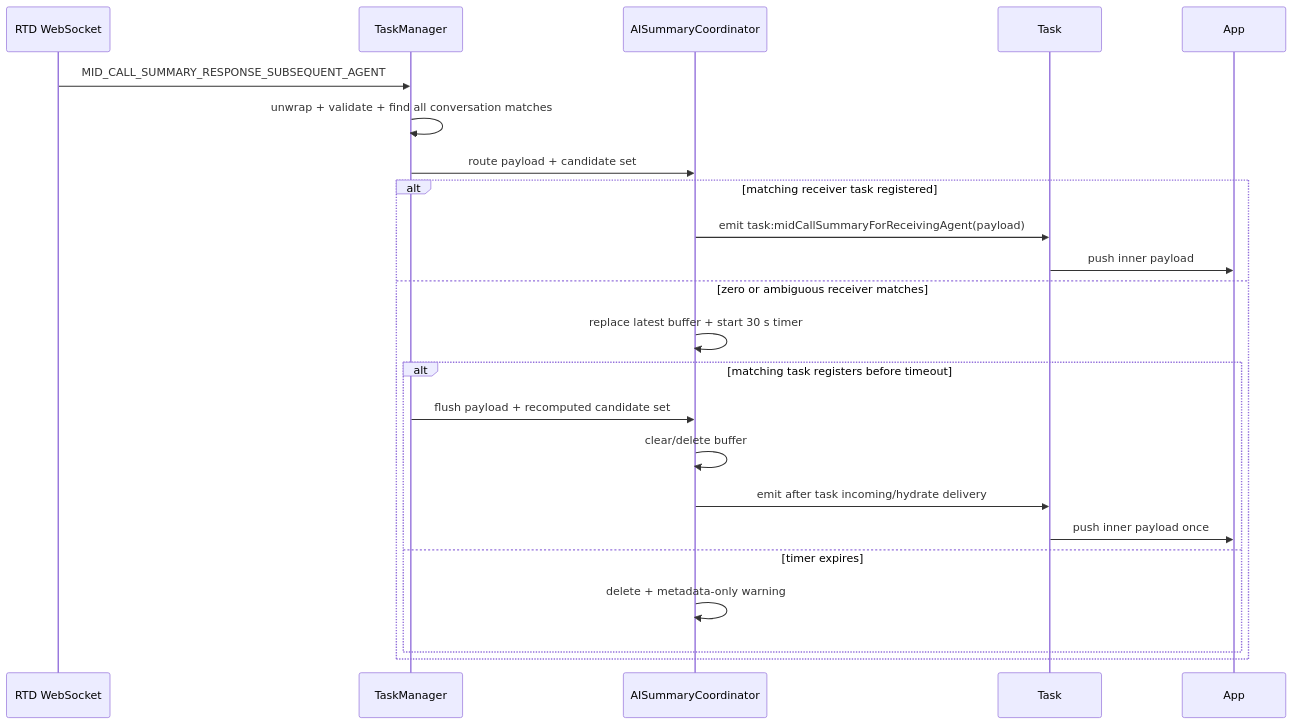
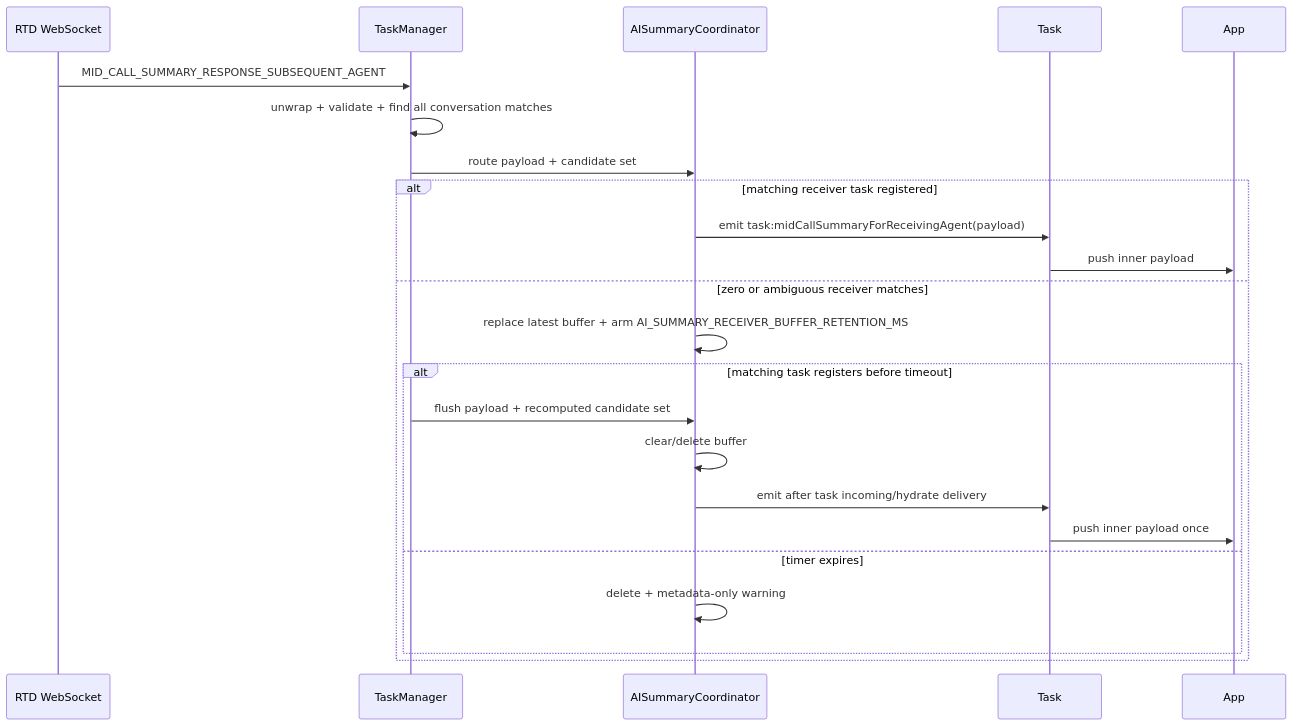
The third of 3 diagrams in design/default/design_spec.md (webex/webex-js-sdk), drawn with Mermaid before and after one commit. The commit also changed other lines of this file and 1 other file, not shown here.

````diff
--- a/design/default/design_spec.md
+++ b/design/default/design_spec.md
@@ -761,25 +777,25 @@
 ```mermaid
 sequenceDiagram
   participant RTD as RTD WebSocket
   participant TM as TaskManager
   participant C as AISummaryCoordinator
   participant Task
   participant App
   RTD->>TM: MID_CALL_SUMMARY_RESPONSE_SUBSEQUENT_AGENT
   TM->>TM: unwrap + validate + find all conversation matches
   TM->>C: route payload + candidate set
   alt matching receiver task registered
     C->>Task: emit task:midCallSummaryForReceivingAgent(payload)
     Task->>App: push inner payload
   else zero or ambiguous receiver matches
-    C->>C: replace latest buffer + start 30 s timer
+    C->>C: replace latest buffer + arm AI_SUMMARY_RECEIVER_BUFFER_RETENTION_MS
     alt matching task registers before timeout
       TM->>C: flush payload + recomputed candidate set
       C->>C: clear/delete buffer
       C->>Task: emit after task incoming/hydrate delivery
       Task->>App: push inner payload once
     else timer expires
       C->>C: delete + metadata-only warning
     end
   end
 ```
````
